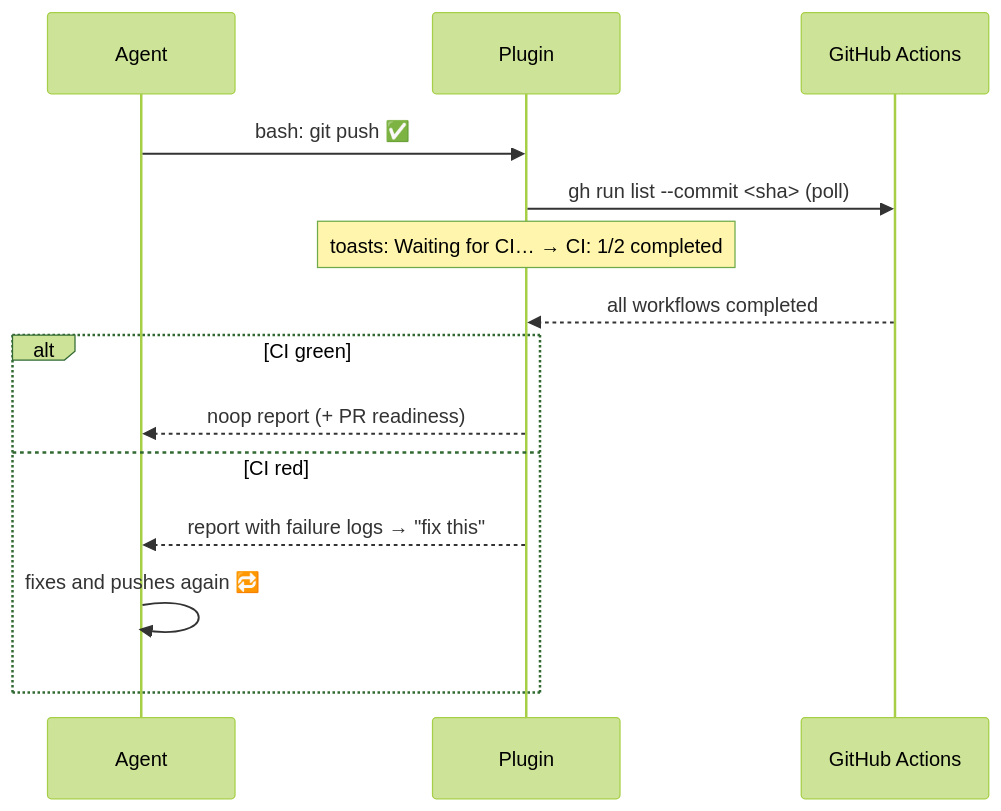
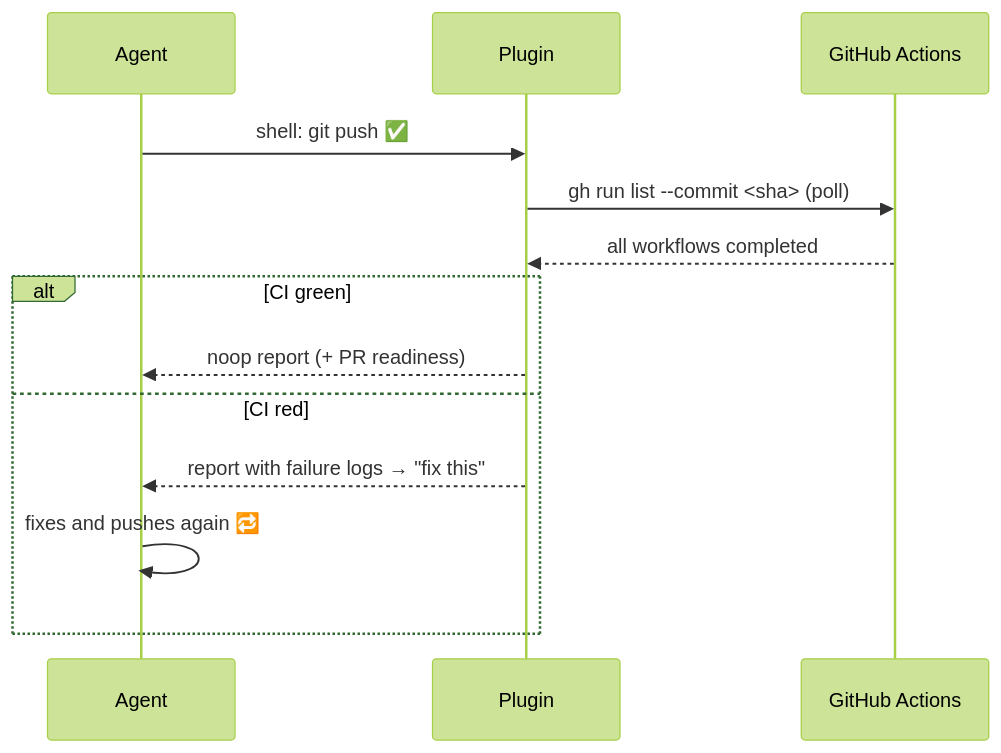
One commit to rubimpassos/opencode-ci-loop changed the first of 2 diagrams in README.md. Above: the diagram before and after it, drawn with Mermaid (forest theme). The commit also changed other lines of this file and 16 other files, not shown here.

````diff
--- a/README.md
+++ b/README.md
@@ -16,16 +16,15 @@
 ```mermaid
 sequenceDiagram
     participant A as Agent
     participant P as Plugin
     participant GH as GitHub Actions
-    A->>P: bash: git push ✅
+    A->>P: shell: git push ✅
     P->>GH: gh run list --commit <sha> (poll)
-    Note over P: toasts: Waiting for CI… → CI: 1/2 completed
     GH-->>P: all workflows completed
     alt CI green
         P-->>A: noop report (+ PR readiness)
     else CI red
         P-->>A: report with failure logs → "fix this"
         A->>A: fixes and pushes again 🔁
     end
 ```
````
